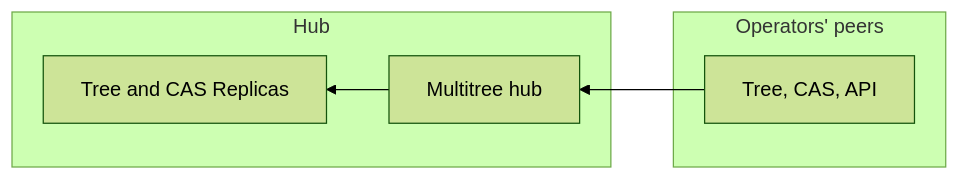
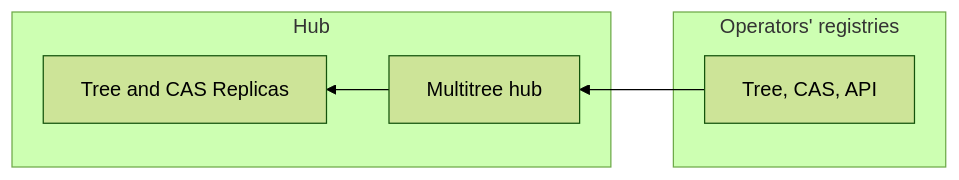
One commit to trustbloc/trustbloc-did-method changed the fifth of 6 diagrams in docs/whitepaper/federated_sidetree.md. Above: the diagram before and after it, drawn with Mermaid (forest theme). The commit also changed other lines of this file, not shown here.

````diff
--- a/docs/whitepaper/federated_sidetree.md
+++ b/docs/whitepaper/federated_sidetree.md
@@ -136,11 +148,11 @@
 ```mermaid
 graph RL
     subgraph Hub
         HUB[Multitree hub]
         HUB --> REPLICA[Tree and CAS Replicas]
 
     end
-    subgraph Operators' peers
+    subgraph Operators' registries
         OT3[Tree, CAS, API] --> HUB
     end
 ```
````
